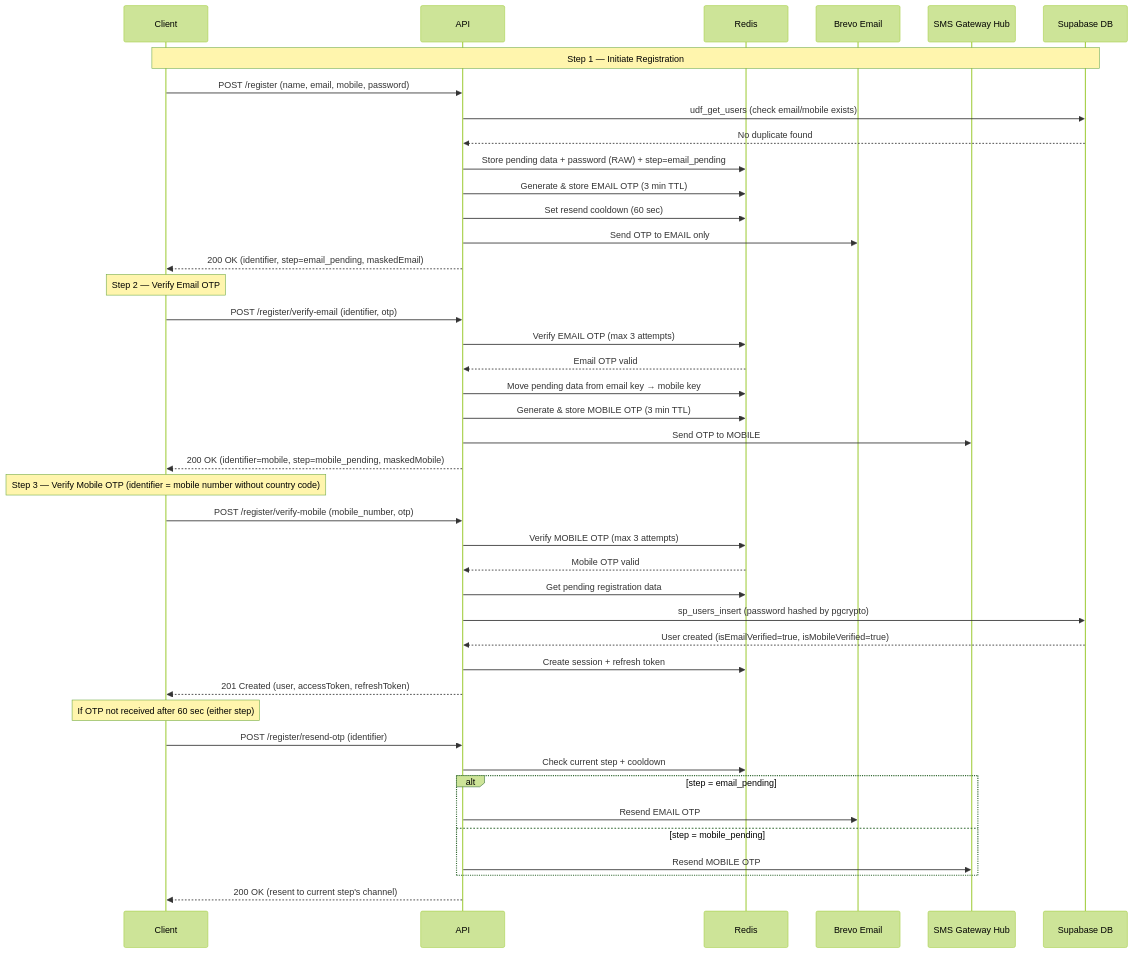
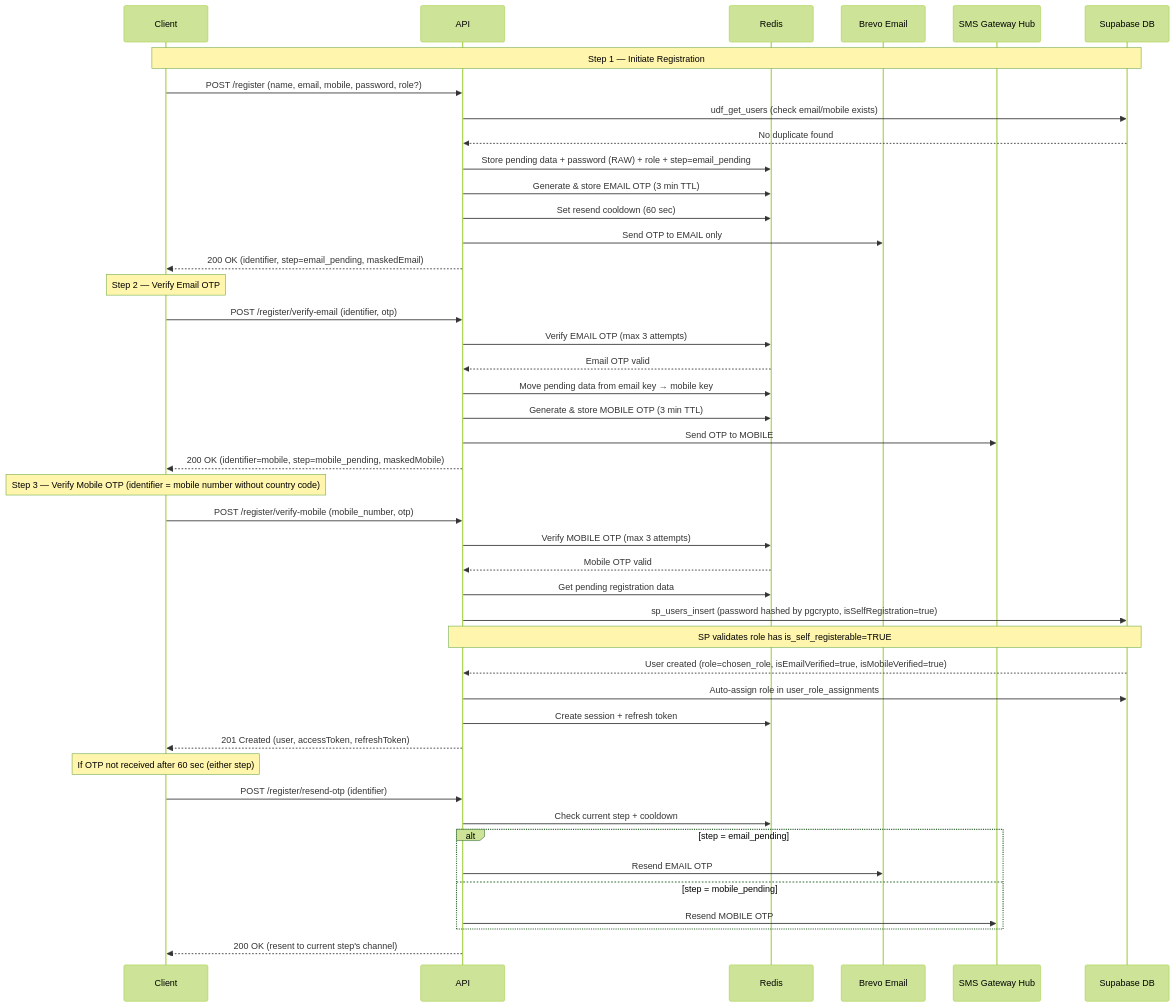
Before and after one commit to girishinindia/growupmore_api: the second of 5 diagrams in docs/v1/1_auth-api-postman-guide.md, drawn with Mermaid (forest theme). The commit also changed other lines of this file and 1 other file, not shown here.

Commit message:
user jest test done

````diff
--- a/docs/v1/1_auth-api-postman-guide.md
+++ b/docs/v1/1_auth-api-postman-guide.md
@@ -52,52 +54,54 @@
 ```mermaid
 sequenceDiagram
     participant Client
     participant API
     participant Redis
     participant Brevo as Brevo Email
     participant SMS as SMS Gateway Hub
     participant DB as Supabase DB
 
     Note over Client,DB: Step 1 — Initiate Registration
 
-    Client->>API: POST /register (name, email, mobile, password)
+    Client->>API: POST /register (name, email, mobile, password, role?)
     API->>DB: udf_get_users (check email/mobile exists)
     DB-->>API: No duplicate found
-    API->>Redis: Store pending data + password (RAW) + step=email_pending
+    API->>Redis: Store pending data + password (RAW) + role + step=email_pending
     API->>Redis: Generate & store EMAIL OTP (3 min TTL)
     API->>Redis: Set resend cooldown (60 sec)
     API->>Brevo: Send OTP to EMAIL only
     API-->>Client: 200 OK (identifier, step=email_pending, maskedEmail)
 
     Note over Client: Step 2 — Verify Email OTP
 
     Client->>API: POST /register/verify-email (identifier, otp)
     API->>Redis: Verify EMAIL OTP (max 3 attempts)
     Redis-->>API: Email OTP valid
     API->>Redis: Move pending data from email key → mobile key
     API->>Redis: Generate & store MOBILE OTP (3 min TTL)
     API->>SMS: Send OTP to MOBILE
     API-->>Client: 200 OK (identifier=mobile, step=mobile_pending, maskedMobile)
 
     Note over Client: Step 3 — Verify Mobile OTP (identifier = mobile number without country code)
 
     Client->>API: POST /register/verify-mobile (mobile_number, otp)
     API->>Redis: Verify MOBILE OTP (max 3 attempts)
     Redis-->>API: Mobile OTP valid
     API->>Redis: Get pending registration data
-    API->>DB: sp_users_insert (password hashed by pgcrypto)
-    DB-->>API: User created (isEmailVerified=true, isMobileVerified=true)
+    API->>DB: sp_users_insert (password hashed by pgcrypto, isSelfRegistration=true)
+    Note over API,DB: SP validates role has is_self_registerable=TRUE
+    DB-->>API: User created (role=chosen_role, isEmailVerified=true, isMobileVerified=true)
+    API->>DB: Auto-assign role in user_role_assignments
     API->>Redis: Create session + refresh token
     API-->>Client: 201 Created (user, accessToken, refreshToken)
 
     Note over Client: If OTP not received after 60 sec (either step)
 
     Client->>API: POST /register/resend-otp (identifier)
     API->>Redis: Check current step + cooldown
     alt step = email_pending
         API->>Brevo: Resend EMAIL OTP
     else step = mobile_pending
         API->>SMS: Resend MOBILE OTP
     end
     API-->>Client: 200 OK (resent to current step's channel)
 ```
````
